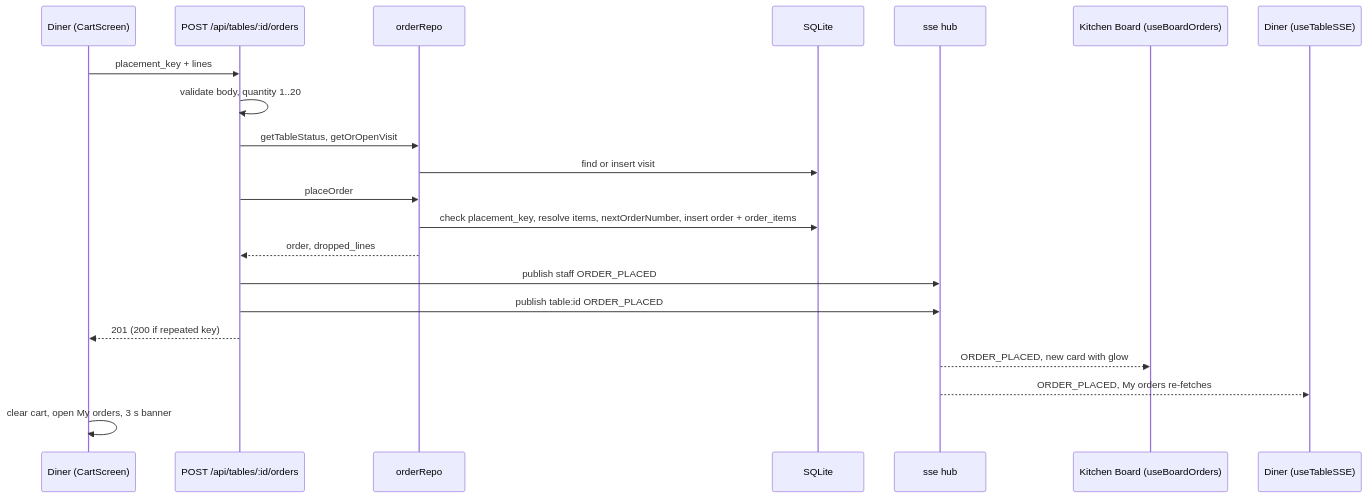
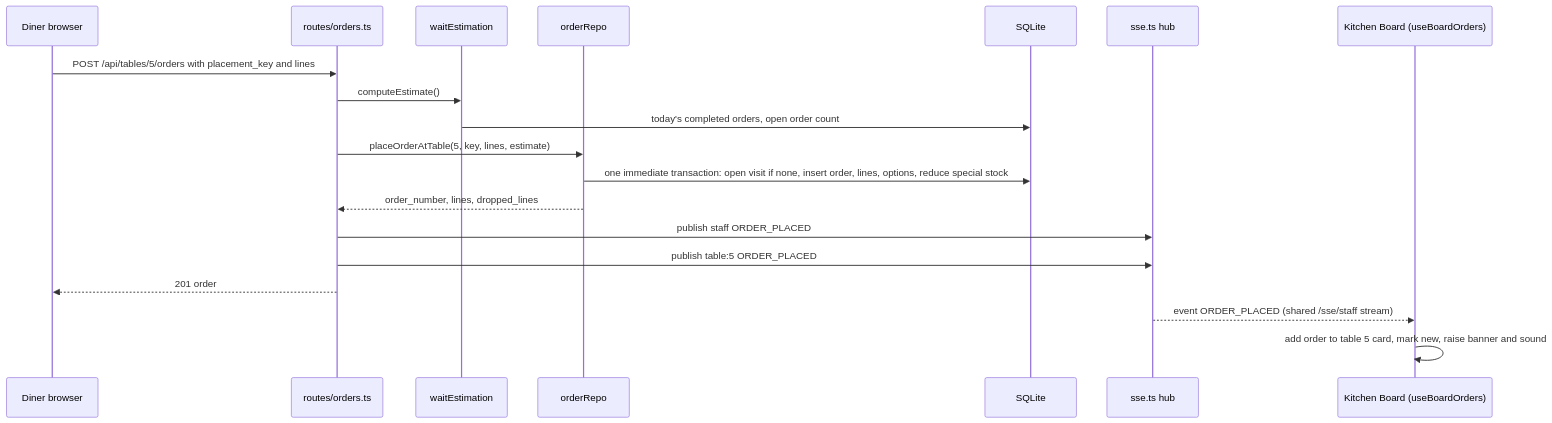
The second of 5 diagrams in aidlc/spaces/default/codekb/table-order/architecture.md (umaiss/restaurants_managment-), drawn with Mermaid before and after one commit. The commit also changed other lines of this file and 117 other files, not shown here.

````diff
--- a/aidlc/spaces/default/codekb/table-order/architecture.md
+++ b/aidlc/spaces/default/codekb/table-order/architecture.md
@@ -151,23 +101,21 @@
 ```mermaid
 sequenceDiagram
-  participant D as Diner (CartScreen)
-  participant API as POST /api/tables/:id/orders
-  participant OR as orderRepo
+  participant D as Diner browser
+  participant O as routes/orders.ts
+  participant W as waitEstimation
+  participant R as orderRepo
   participant DB as SQLite
-  participant HUB as sse hub
+  participant H as sse.ts hub
   participant K as Kitchen Board (useBoardOrders)
-  participant T as Diner (useTableSSE)
-  D->>API: placement_key + lines
-  API->>API: validate body, quantity 1..20
-  API->>OR: getTableStatus, getOrOpenVisit
-  OR->>DB: find or insert visit
-  API->>OR: placeOrder
-  OR->>DB: check placement_key, resolve items, nextOrderNumber, insert order + order_items
-  OR-->>API: order, dropped_lines
-  API->>HUB: publish staff ORDER_PLACED
-  API->>HUB: publish table:id ORDER_PLACED
-  API-->>D: 201 (200 if repeated key)
-  HUB-->>K: ORDER_PLACED, new card with glow
-  HUB-->>T: ORDER_PLACED, My orders re-fetches
-  D->>D: clear cart, open My orders, 3 s banner
+  D->>O: POST /api/tables/5/orders with placement_key and lines
+  O->>W: computeEstimate()
+  W->>DB: today's completed orders, open order count
+  O->>R: placeOrderAtTable(5, key, lines, estimate)
+  R->>DB: one immediate transaction: open visit if none, insert order, lines, options, reduce special stock
+  R-->>O: order_number, lines, dropped_lines
+  O->>H: publish staff ORDER_PLACED
+  O->>H: publish table:5 ORDER_PLACED
+  O-->>D: 201 order
+  H-->>K: event ORDER_PLACED (shared /sse/staff stream)
+  K->>K: add order to table 5 card, mark new, raise banner and sound
 ```
````
